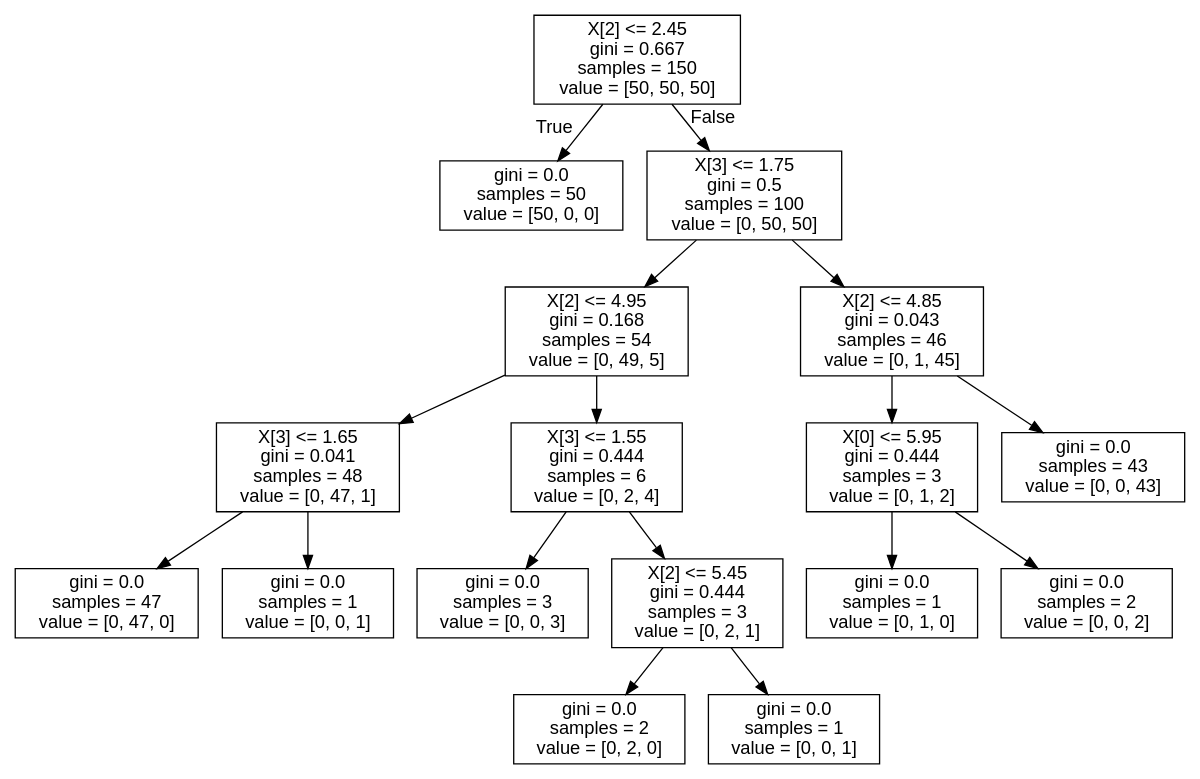
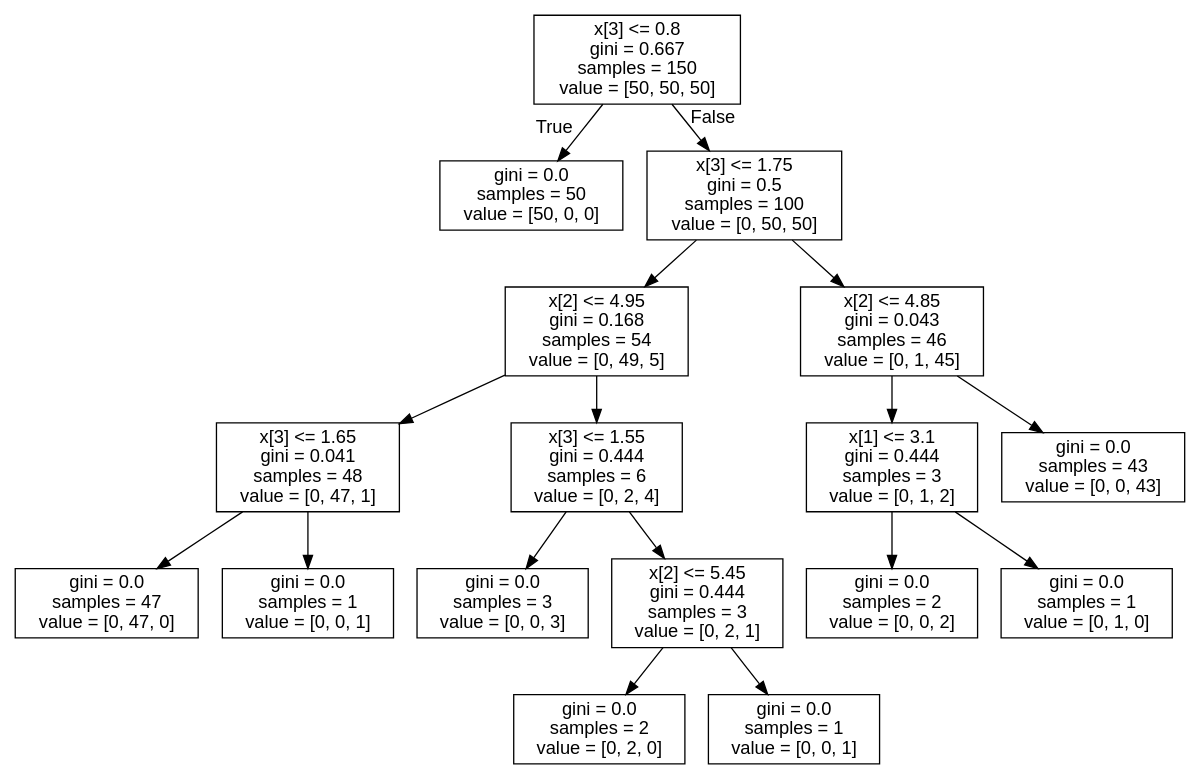
The diagram in iris.dot (MatteeXie/Ads_effectiveness), drawn with Graphviz before and after one commit. The commit also changed 138 other files, not shown here.

```diff
--- a/iris.dot
+++ b/iris.dot
@@ -1,37 +1,37 @@
 digraph Tree {
 node [shape=box, fontname="helvetica"] ;
 edge [fontname="helvetica"] ;
-0 [label="X[2] <= 2.45\ngini = 0.667\nsamples = 150\nvalue = [50, 50, 50]"] ;
+0 [label="x[3] <= 0.8\ngini = 0.667\nsamples = 150\nvalue = [50, 50, 50]"] ;
 1 [label="gini = 0.0\nsamples = 50\nvalue = [50, 0, 0]"] ;
 0 -> 1 [labeldistance=2.5, labelangle=45, headlabel="True"] ;
-2 [label="X[3] <= 1.75\ngini = 0.5\nsamples = 100\nvalue = [0, 50, 50]"] ;
+2 [label="x[3] <= 1.75\ngini = 0.5\nsamples = 100\nvalue = [0, 50, 50]"] ;
 0 -> 2 [labeldistance=2.5, labelangle=-45, headlabel="False"] ;
-3 [label="X[2] <= 4.95\ngini = 0.168\nsamples = 54\nvalue = [0, 49, 5]"] ;
+3 [label="x[2] <= 4.95\ngini = 0.168\nsamples = 54\nvalue = [0, 49, 5]"] ;
 2 -> 3 ;
-4 [label="X[3] <= 1.65\ngini = 0.041\nsamples = 48\nvalue = [0, 47, 1]"] ;
+4 [label="x[3] <= 1.65\ngini = 0.041\nsamples = 48\nvalue = [0, 47, 1]"] ;
 3 -> 4 ;
 5 [label="gini = 0.0\nsamples = 47\nvalue = [0, 47, 0]"] ;
 4 -> 5 ;
 6 [label="gini = 0.0\nsamples = 1\nvalue = [0, 0, 1]"] ;
 4 -> 6 ;
-7 [label="X[3] <= 1.55\ngini = 0.444\nsamples = 6\nvalue = [0, 2, 4]"] ;
+7 [label="x[3] <= 1.55\ngini = 0.444\nsamples = 6\nvalue = [0, 2, 4]"] ;
 3 -> 7 ;
 8 [label="gini = 0.0\nsamples = 3\nvalue = [0, 0, 3]"] ;
 7 -> 8 ;
-9 [label="X[2] <= 5.45\ngini = 0.444\nsamples = 3\nvalue = [0, 2, 1]"] ;
+9 [label="x[2] <= 5.45\ngini = 0.444\nsamples = 3\nvalue = [0, 2, 1]"] ;
 7 -> 9 ;
 10 [label="gini = 0.0\nsamples = 2\nvalue = [0, 2, 0]"] ;
 9 -> 10 ;
 11 [label="gini = 0.0\nsamples = 1\nvalue = [0, 0, 1]"] ;
 9 -> 11 ;
-12 [label="X[2] <= 4.85\ngini = 0.043\nsamples = 46\nvalue = [0, 1, 45]"] ;
+12 [label="x[2] <= 4.85\ngini = 0.043\nsamples = 46\nvalue = [0, 1, 45]"] ;
 2 -> 12 ;
-13 [label="X[0] <= 5.95\ngini = 0.444\nsamples = 3\nvalue = [0, 1, 2]"] ;
+13 [label="x[1] <= 3.1\ngini = 0.444\nsamples = 3\nvalue = [0, 1, 2]"] ;
 12 -> 13 ;
-14 [label="gini = 0.0\nsamples = 1\nvalue = [0, 1, 0]"] ;
+14 [label="gini = 0.0\nsamples = 2\nvalue = [0, 0, 2]"] ;
 13 -> 14 ;
-15 [label="gini = 0.0\nsamples = 2\nvalue = [0, 0, 2]"] ;
+15 [label="gini = 0.0\nsamples = 1\nvalue = [0, 1, 0]"] ;
 13 -> 15 ;
 16 [label="gini = 0.0\nsamples = 43\nvalue = [0, 0, 43]"] ;
 12 -> 16 ;
 }
```
